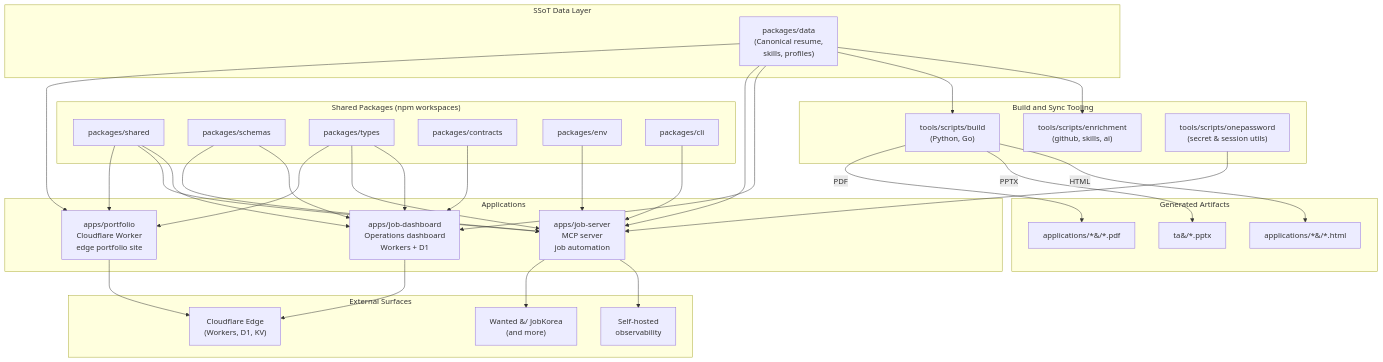
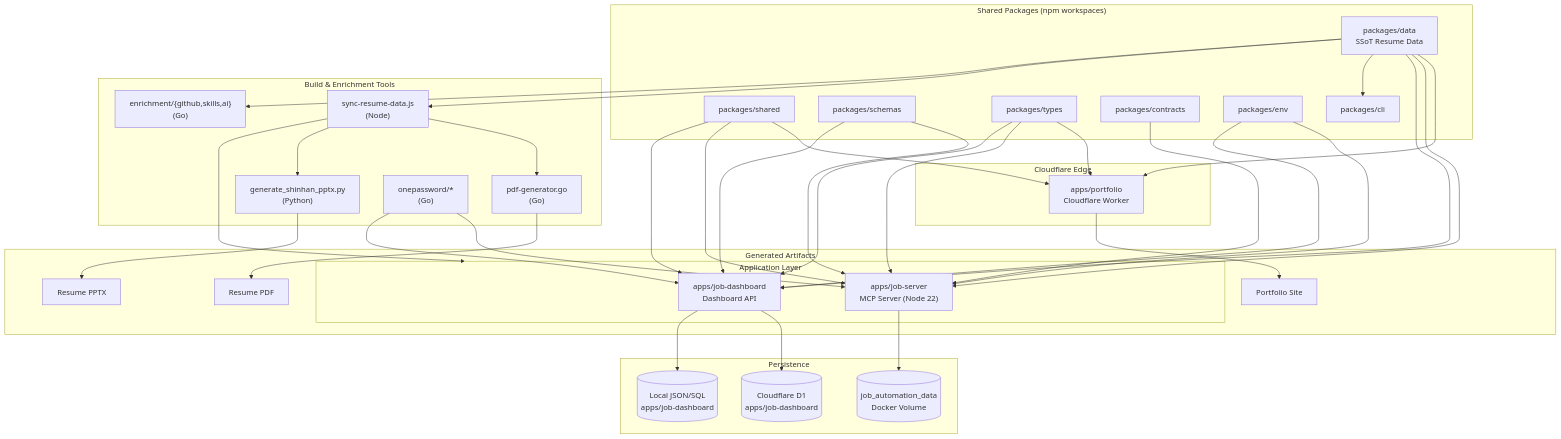
The diagram in README.md (jclee941/resume), drawn with Mermaid before and after one commit. The commit also changed other lines of this file, not shown here.

````diff
--- a/README.md
+++ b/README.md
@@ -97,66 +66,74 @@
 ```mermaid
 flowchart TB
-  subgraph SSOT["SSoT Data Layer"]
-    DATA["packages/data<br/>(Canonical resume,<br/>skills, profiles)"]
-  end
+    subgraph Edge["Cloudflare Edge"]
+        Worker["apps/portfolio<br/>Cloudflare Worker"]
+    end
 
-  subgraph SHARED["Shared Packages (npm workspaces)"]
-    SHARED_PKG["packages/shared"]
-    SCHEMAS["packages/schemas"]
-    TYPES["packages/types"]
-    CONTRACTS["packages/contracts"]
-    ENV["packages/env"]
-    CLI["packages/cli"]
-  end
+    subgraph Apps["Application Layer"]
+        JobServer["apps/job-server<br/>MCP Server (Node 22)"]
+        Dashboard["apps/job-dashboard<br/>Dashboard API"]
+    end
 
-  subgraph APPS["Applications"]
-    PORTFOLIO["apps/portfolio<br/>Cloudflare Worker<br/>edge portfolio site"]
-    JOBSERVER["apps/job-server<br/>MCP server<br/>job automation"]
-    JOBDASH["apps/job-dashboard<br/>Operations dashboard<br/>Workers + D1"]
-  end
+    subgraph Packages["Shared Packages (npm workspaces)"]
+        Data["packages/data<br/>SSoT Resume Data"]
+        Shared["packages/shared"]
+        Schemas["packages/schemas"]
+        Types["packages/types"]
+        Contracts["packages/contracts"]
+        Env["packages/env"]
+        CLI["packages/cli"]
+    end
 
-  subgraph TOOLS["Build and Sync Tooling"]
-    SYNC["tools/scripts/build<br/>(Python, Go)"]
-    ENRICH["tools/scripts/enrichment<br/>(github, skills, ai)"]
-    OPSCRIPTS["tools/scripts/onepassword<br/>(secret &amp; session utils)"]
-  end
+    subgraph Tools["Build & Enrichment Tools"]
+        SyncData["sync-resume-data.js<br/>(Node)"]
+        SyncPDF["pdf-generator.go<br/>(Go)"]
+        SyncPPTX["generate_shinhan_pptx.py<br/>(Python)"]
+        Enrich["enrichment/{github,skills,ai}<br/>(Go)"]
+        OnePass["onepassword/*<br/>(Go)"]
+    end
 
-  subgraph ARTIFACTS["Generated Artifacts"]
-    PDFOUT["applications/*&#47;*.pdf"]
-    PPTOUT["ta&#47;*.pptx"]
-    HTMLOUT["applications/*&#47;*.html"]
-  end
+    subgraph Storage["Persistence"]
+        D1[("Cloudflare D1<br/>apps/job-dashboard")]
+        Volume[("job_automation_data<br/>Docker Volume")]
+        LocalFS[("Local JSON/SQL<br/>apps/job-dashboard")]
+    end
 
-  subgraph EXTERNAL["External Surfaces"]
-    CF["Cloudflare Edge<br/>(Workers, D1, KV)"]
-    PLATFORMS["Wanted &#47; JobKorea<br/>(and more)"]
-    OBS["Self-hosted<br/>observability"]
-  end
+    subgraph Outputs["Generated Artifacts"]
+        Site["Portfolio Site"]
+        PDF["Resume PDF"]
+        PPTX["Resume PPTX"]
+        Apps["applications/*<br/>Job Application Packages"]
+    end
 
-  DATA --> PORTFOLIO
-  DATA --> JOBSERVER
-  DATA --> JOBDASH
-  SHARED_PKG --> PORTFOLIO
-  SHARED_PKG --> JOBSERVER
-  SHARED_PKG --> JOBDASH
-  SCHEMAS --> JOBSERVER
-  SCHEMAS --> JOBDASH
-  TYPES --> PORTFOLIO
-  TYPES --> JOBSERVER
-  TYPES --> JOBDASH
-  CONTRACTS --> JOBDASH
-  ENV --> JOBSERVER
-  CLI --> JOBSERVER
+    Data --> Worker
+    Data --> JobServer
+    Data --> Dashboard
+    Data --> CLI
+    Shared --> Worker
+    Shared --> JobServer
+    Shared --> Dashboard
+    Schemas --> JobServer
+    Schemas --> Dashboard
+    Types --> Worker
+    Types --> JobServer
+    Types --> Dashboard
+    Contracts --> JobServer
+    Env --> JobServer
+    Env --> Dashboard
 
-  DATA --> SYNC
-  SYNC -->|"PDF"| PDFOUT
-  SYNC -->|"PPTX"| PPTOUT
-  SYNC -->|"HTML"| HTMLOUT
-  DATA --> ENRICH
-  OPSCRIPTS --> JOBSERVER
+    Data --> SyncData
+    SyncData --> SyncPDF
+    SyncData --> SyncPPTX
+    SyncPDF --> PDF
+    SyncPPTX --> PPTX
 
-  PORTFOLIO --> CF
-  JOBDASH --> CF
-  JOBSERVER --> PLATFORMS
-  JOBSERVER --> OBS
+    Data --> Enrich
+    OnePass --> JobServer
+    OnePass --> Dashboard
+
+    Dashboard --> D1
+    Dashboard --> LocalFS
+    JobServer --> Volume
+    Worker --> Site
+    SyncData --> Apps
 ```
````
